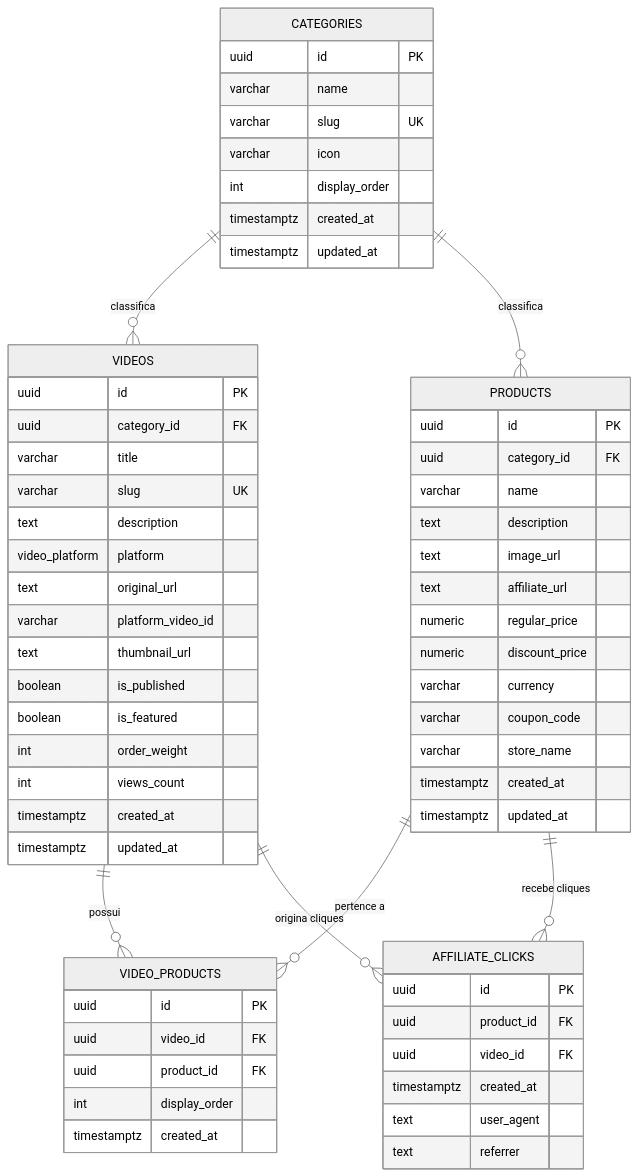
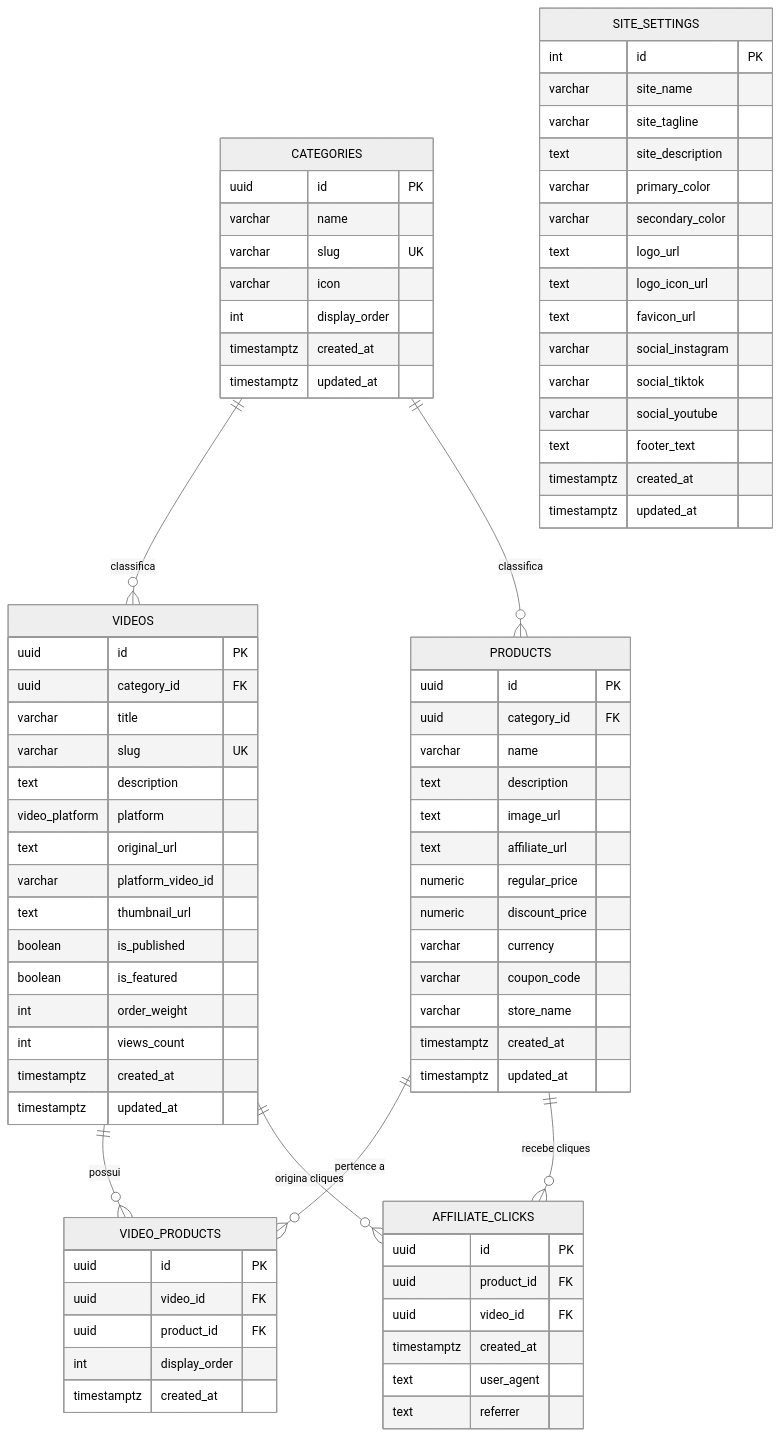
One commit to TheCheepeer/Promocuts changed the diagram in docs/DATABASE.md. Above: the diagram before and after it, drawn with Mermaid (neutral theme). The commit also changed other lines of this file and 11 other files, not shown here.

```diff
--- a/docs/DATABASE.md
+++ b/docs/DATABASE.md
@@ -14,6 +14,24 @@
     PRODUCTS ||--o{ VIDEO_PRODUCTS : "pertence a"
     PRODUCTS ||--o{ AFFILIATE_CLICKS : "recebe cliques"
     VIDEOS ||--o{ AFFILIATE_CLICKS : "origina cliques"
+
+    SITE_SETTINGS {
+        int id PK
+        varchar site_name
+        varchar site_tagline
+        text site_description
+        varchar primary_color
+        varchar secondary_color
+        text logo_url
+        text logo_icon_url
+        text favicon_url
+        varchar social_instagram
+        varchar social_tiktok
+        varchar social_youtube
+        text footer_text
+        timestamptz created_at
+        timestamptz updated_at
+    }
 
     CATEGORIES {
         uuid id PK
```
